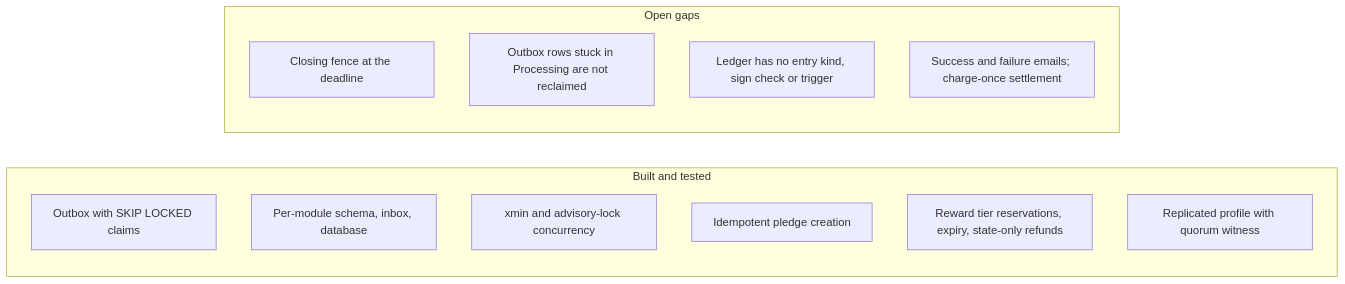
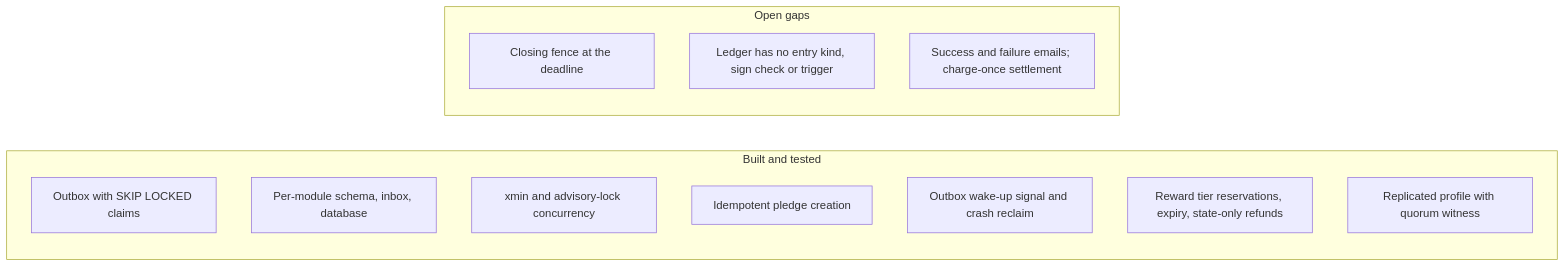
The fourth of 6 diagrams in README.md (maysamgamini/crowdfundinghub), drawn with Mermaid before and after one commit. The commit also changed 6 other files, not shown here.

Commit message:
docs: outbox rows are reclaimed after their lease runs out

````diff
--- a/README.md
+++ b/README.md
@@ -146,17 +146,17 @@
 ```mermaid
 flowchart LR
     subgraph Built["Built and tested"]
         B1["Outbox with SKIP LOCKED claims"]
         B2["Per-module schema, inbox, database"]
         B3["xmin and advisory-lock concurrency"]
         B6["Idempotent pledge creation"]
+        B7["Outbox wake-up signal and crash reclaim"]
         B4["Reward tier reservations, expiry, state-only refunds"]
         B5["Replicated profile with quorum witness"]
     end
     subgraph Open["Open gaps"]
         O2["Closing fence at the deadline"]
-        O3["Outbox rows stuck in Processing are not reclaimed"]
         O4["Ledger has no entry kind, sign check or trigger"]
         O5["Success and failure emails; charge-once settlement"]
     end
 ```
````
